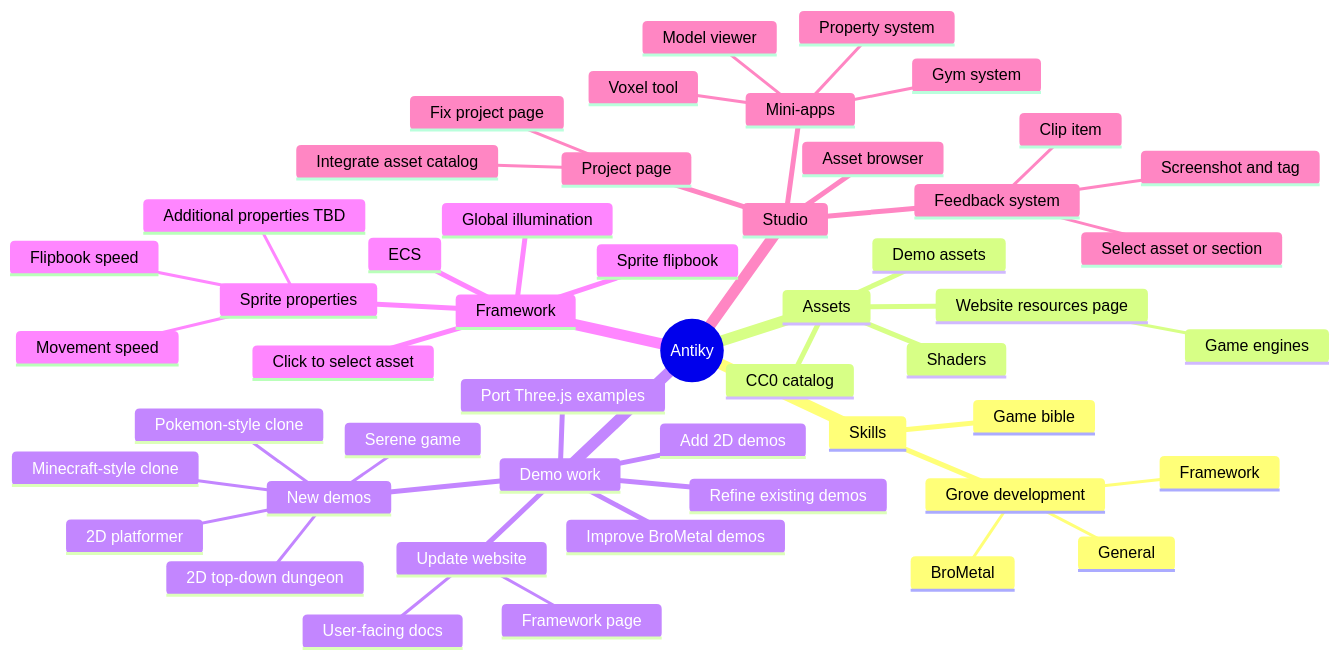
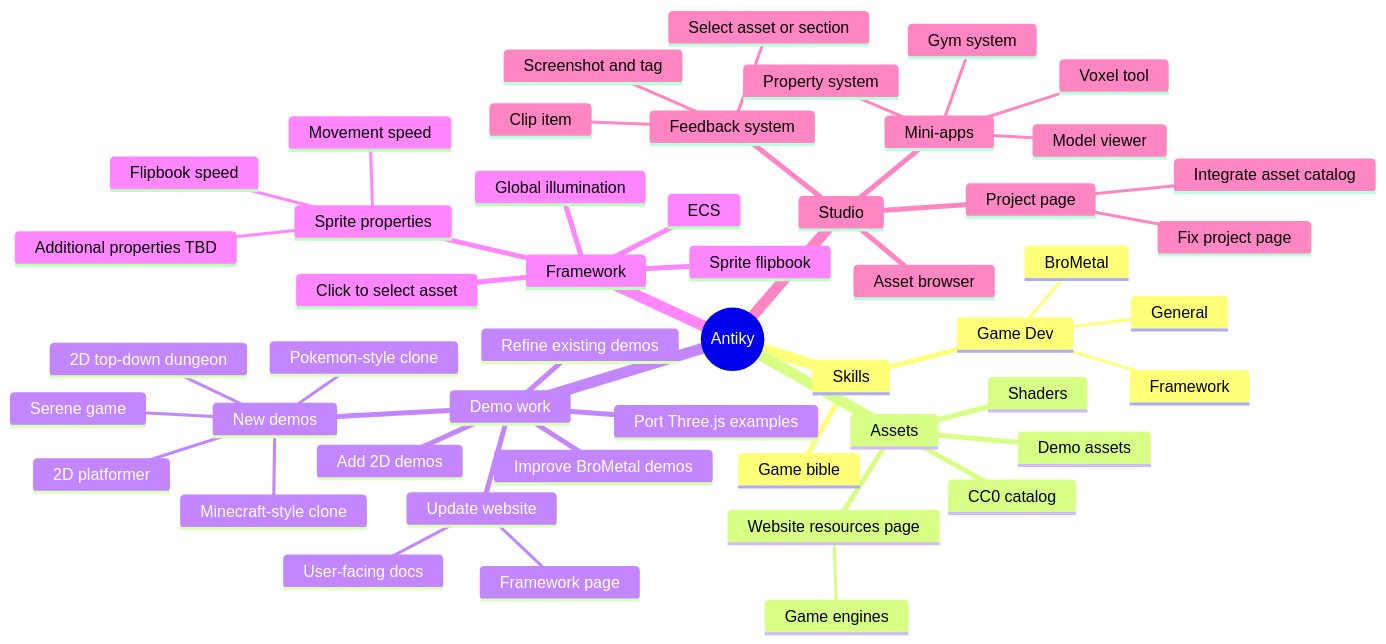
The diagram in docs/objectives/AntikyProjectPlanning/mindmap.md (antikylabs/antiky), drawn with Mermaid before and after one commit. The commit also changed 1 other file, not shown here.

Commit message:
Rename Game Dev skills

````diff
--- a/docs/objectives/AntikyProjectPlanning/mindmap.md
+++ b/docs/objectives/AntikyProjectPlanning/mindmap.md
@@ -3,53 +3,53 @@
 ```mermaid
 mindmap
   root((Antiky))
     Skills
-      Grove development
+      Game Dev
         General
         BroMetal
         Framework
       Game bible
     Assets
       Website resources page
         Game engines
       CC0 catalog
       Demo assets
       Shaders
     Demo work
       Refine existing demos
       Update website
         Framework page
         User-facing docs
       Port Three.js examples
       Add 2D demos
       Improve BroMetal demos
       New demos
         2D platformer
         2D top-down dungeon
         Pokemon-style clone
         Minecraft-style clone
         Serene game
     Framework
       Sprite flipbook
       ECS
       Global illumination
       Click to select asset
       Sprite properties
         Flipbook speed
         Movement speed
         Additional properties TBD
     Studio
       Asset browser
       Mini-apps
         Property system
         Model viewer
         Gym system
         Voxel tool
       Project page
         Fix project page
         Integrate asset catalog
       Feedback system
         Clip item
         Screenshot and tag
         Select asset or section
 ```
````
